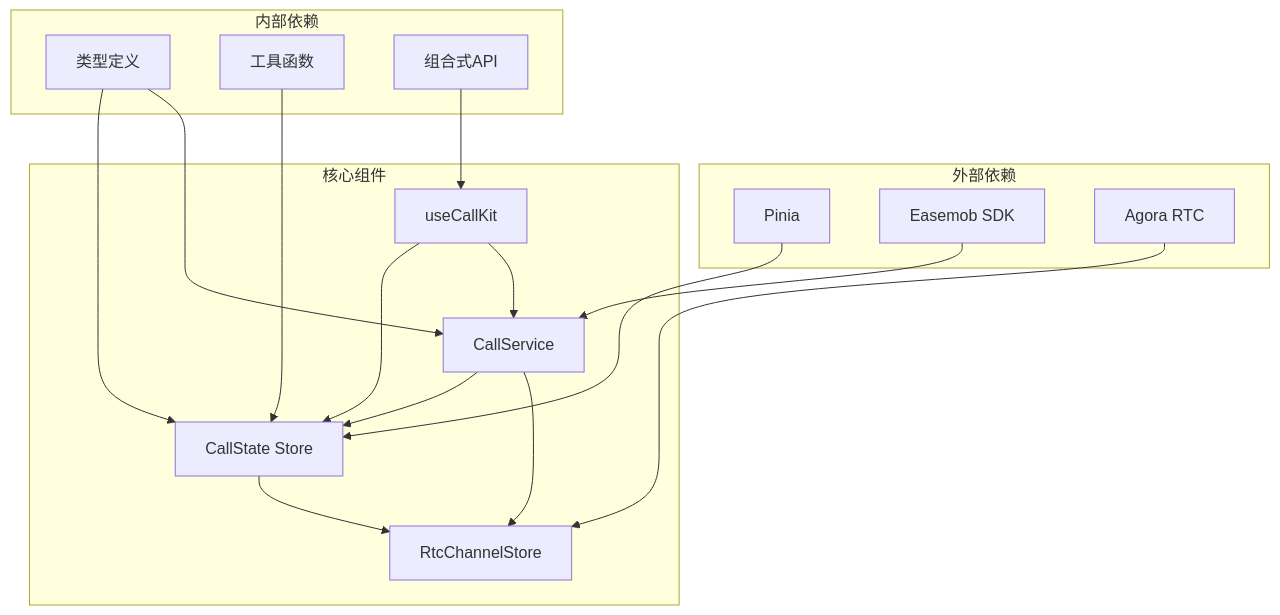
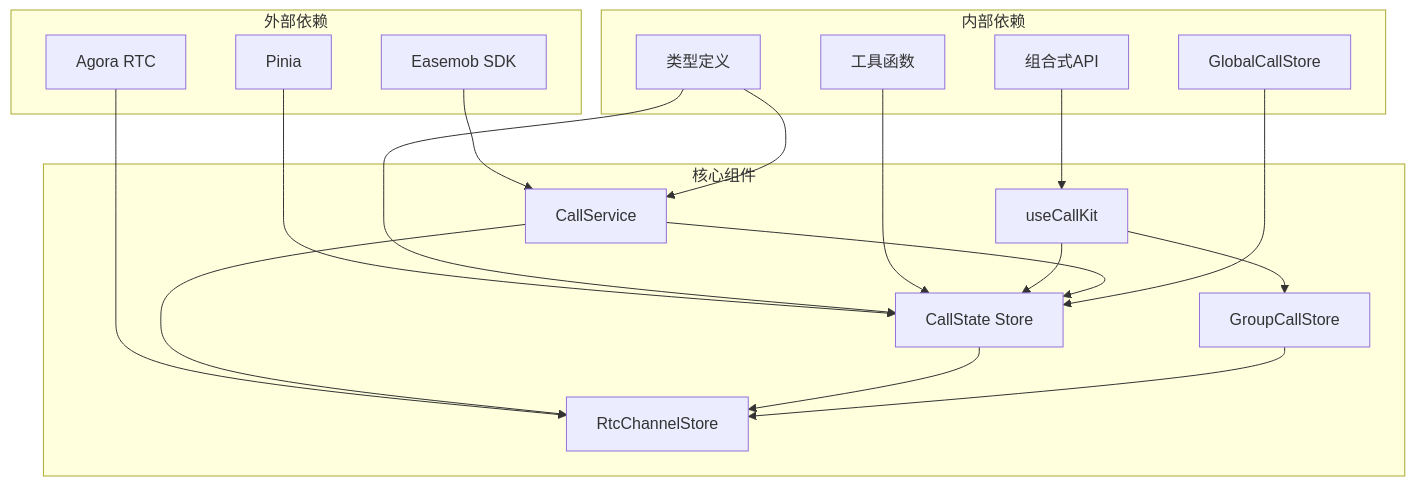
One commit to Easemob-Community/easemob-uikit-callkit-vue3 changed the sixth of 6 diagrams in .qoder/repowiki/zh/content/状态管理/CallState Store.md. Above: the diagram before and after it, drawn with Mermaid. The commit also changed other lines of this file and 54 other files, not shown here.

First line of the commit message:
refactor: 清理废弃代码 + 移出 RtcService 实例 + API 便捷性优化

````diff
--- a/.qoder/repowiki/zh/content/状态管理/CallState Store.md
+++ b/.qoder/repowiki/zh/content/状态管理/CallState Store.md
@@ -385,31 +348,35 @@
 ```mermaid
 graph TB
 subgraph "外部依赖"
 PINIA[Pinia]
 SDK[Easemob SDK]
 AGORA[Agora RTC]
 end
 subgraph "内部依赖"
 TYPES[类型定义]
 UTILS[工具函数]
 COMPOSABLES[组合式API]
+GLOBAL[GlobalCallStore]
 end
 subgraph "核心组件"
 STORE[CallState Store]
 SERVICE[CallService]
 KIT[useCallKit]
 RTC[RtcChannelStore]
+GROUP[GroupCallStore]
 end
 PINIA --> STORE
 SDK --> SERVICE
 AGORA --> RTC
 TYPES --> STORE
 TYPES --> SERVICE
 UTILS --> STORE
 COMPOSABLES --> KIT
 KIT --> STORE
-KIT --> SERVICE
+KIT --> GROUP
 SERVICE --> STORE
 SERVICE --> RTC
+GLOBAL --> STORE
 STORE --> RTC
+GROUP --> RTC
 ```
````
